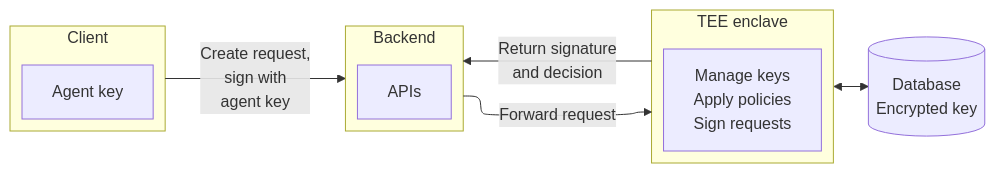
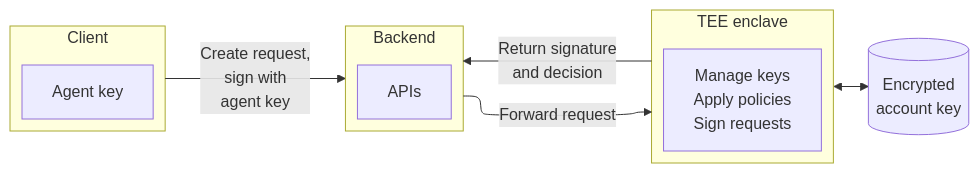
The diagram in src/pages/tutorials/design-server-wallets.mdx (MetaMask/metamask-docs), drawn with Mermaid before and after one commit.

Commit message:
update database label

````diff
--- a/src/pages/tutorials/design-server-wallets.mdx
+++ b/src/pages/tutorials/design-server-wallets.mdx
@@ -34,26 +34,26 @@
 ```mermaid
 ---
 config:
   layout: elk
 ---
 flowchart LR
   subgraph c[Client]
     a[Agent key]
   end
   c -->|"Create request,
   sign with
   agent key"| b
   subgraph b[Backend]
     APIs
   end
   b -->|Forward request| t[TEE enclave]
   subgraph t[TEE enclave]
     v["Manage keys
     Apply policies
     Sign requests"]
   end
   t -->|"Return signature
   and decision"| b
-  t <--> d@{ shape: cyl, label: "Database
-  Encrypted key" }
+  t <--> d@{ shape: cyl, label: "Encrypted
+  account key" }
 ```
````
